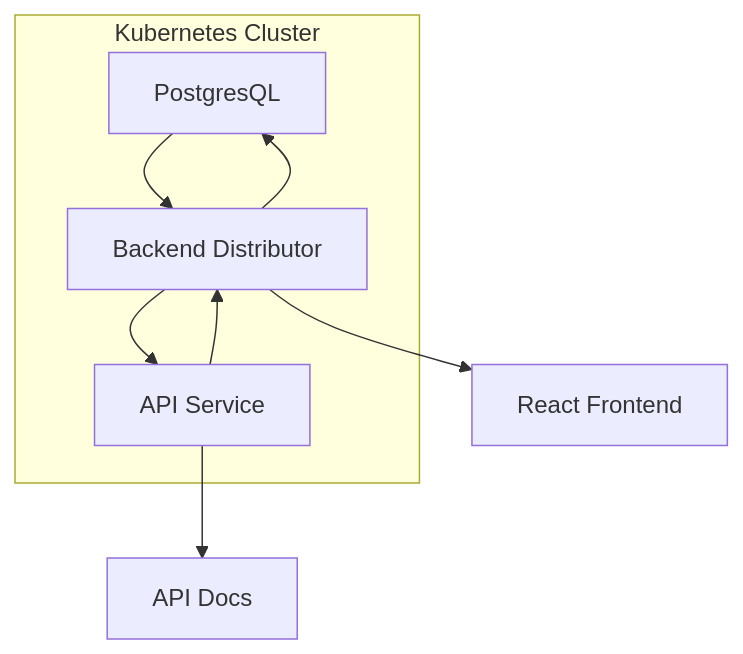
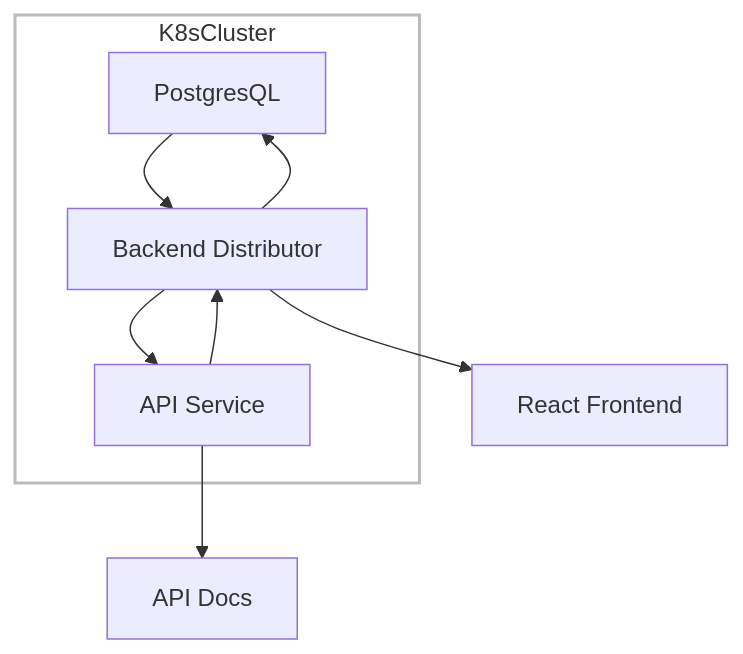
One commit to CEO-CGS/taskapp changed the diagram in README.md. Above: the diagram before and after it, drawn with Mermaid.

````diff
--- a/README.md
+++ b/README.md
@@ -16,12 +16,13 @@
 ```mermaid
 graph TD
-    subgraph Kubernetes Cluster
+    subgraph K8sCluster
         B[PostgresQL] --> C 
         C --> B
         C[Backend Distributor]
         D[API Service] --> C
         C --> D
     end
     D --> E[API Docs]
     C --> A[React Frontend]
+  classDef cluster fill:#fff,stroke:#bbb,stroke-width:2px;
 ```
````
